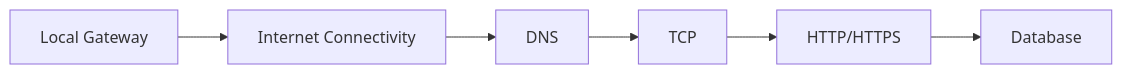
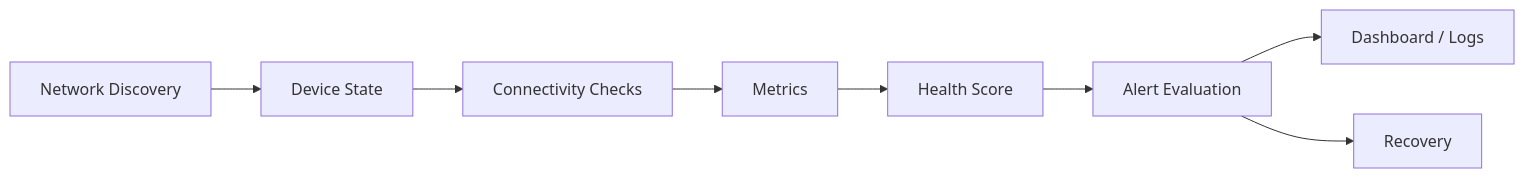
Before and after one commit to husseiny8/Network_Monitoring: the second of 4 diagrams in README.md, drawn with Mermaid. The commit also changed other lines of this file, not shown here.

````diff
--- a/README.md
+++ b/README.md
@@ -258,8 +259,10 @@
 ```mermaid
 flowchart LR
-    A[Local Gateway] --> B[Internet Connectivity]
-    B --> C[DNS]
-    C --> D[TCP]
-    D --> E[HTTP/HTTPS]
-    E --> F[Database]
+    A[Network Discovery] --> B[Device State]
+    B --> C[Connectivity Checks]
+    C --> D[Metrics]
+    D --> E[Health Score]
+    E --> F[Alert Evaluation]
+    F --> G[Dashboard / Logs]
+    F --> H[Recovery]
 ```
````
